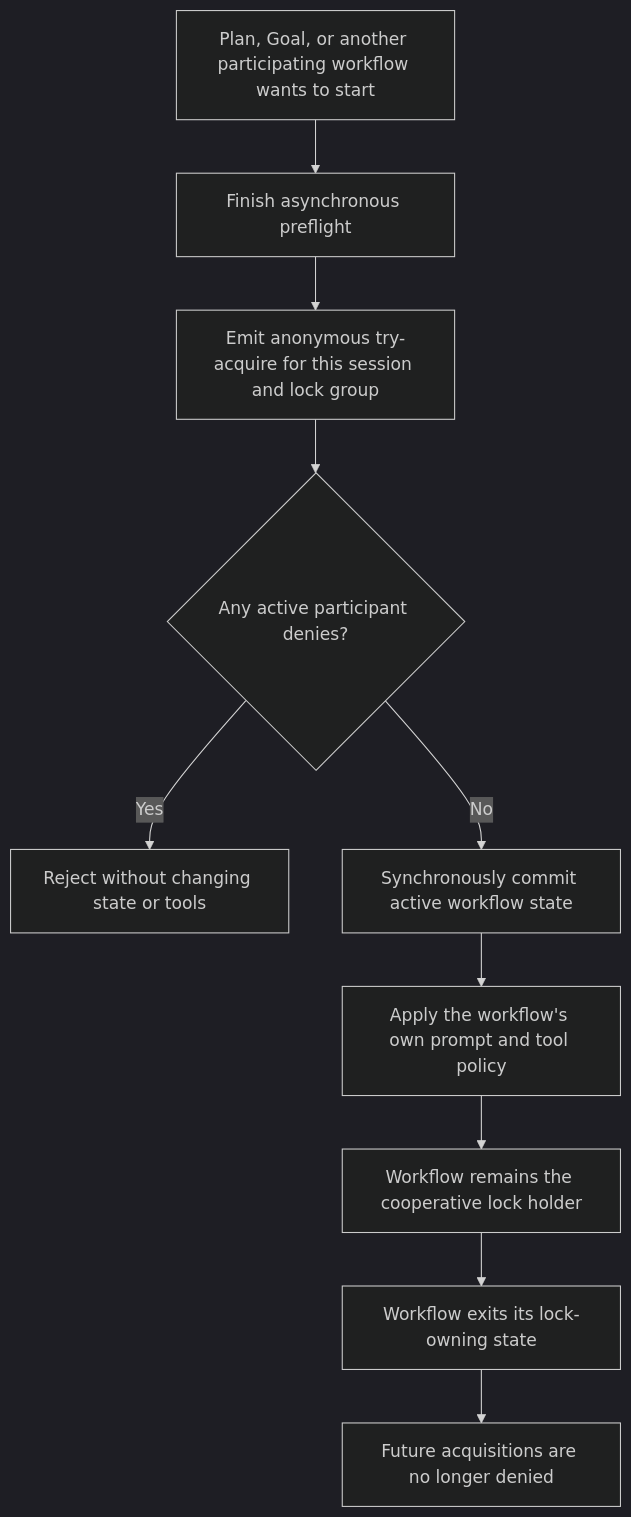
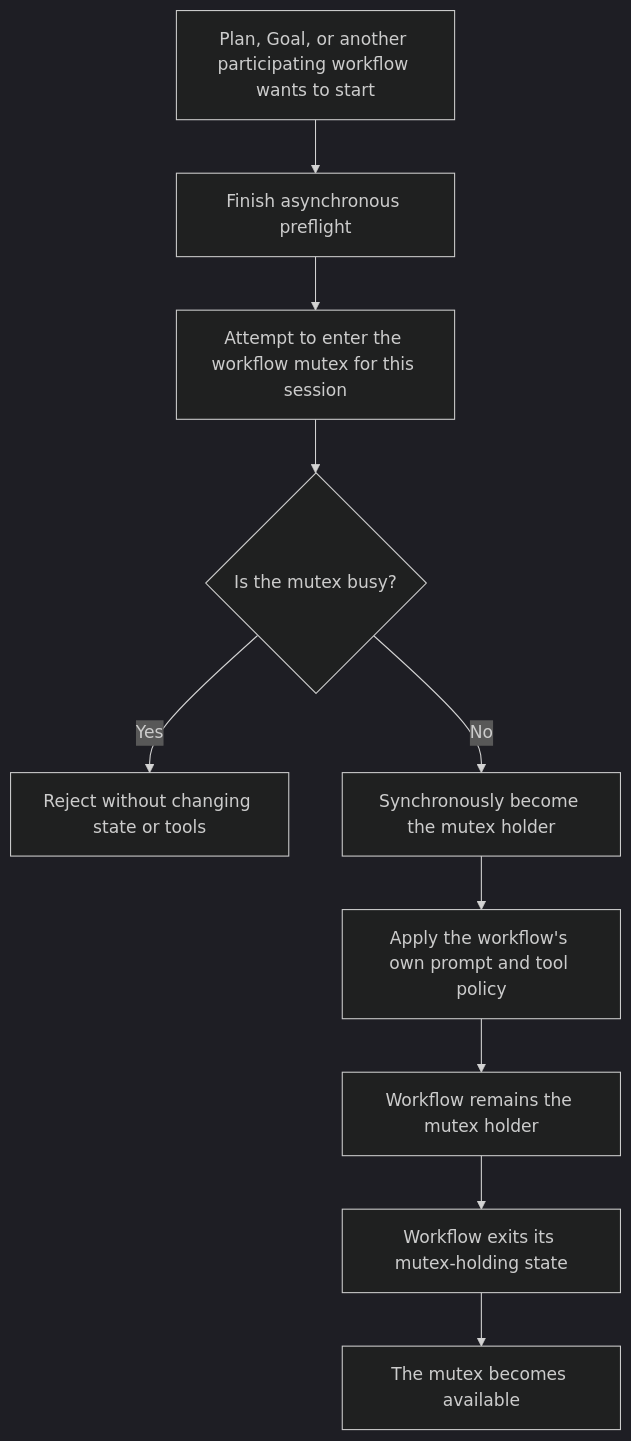
One commit to HangxiangMa/pi-extensions changed the second of 2 diagrams in docs/roadmaps/2026-08-22_pi-plan-goal-coexistence-roadmap.md. Above: the diagram before and after it, drawn with Mermaid (dark theme). The commit also changed other lines of this file and 1 other file, not shown here.

Commit message:
docs: simplify workflow mutex wording

````diff
--- a/docs/roadmaps/2026-08-22_pi-plan-goal-coexistence-roadmap.md
+++ b/docs/roadmaps/2026-08-22_pi-plan-goal-coexistence-roadmap.md
@@ -49,12 +49,12 @@
 ```mermaid
 flowchart TD
     A["Plan, Goal, or another participating workflow wants to start"] --> B["Finish asynchronous preflight"]
-    B --> C["Emit anonymous try-acquire for this session and lock group"]
-    C --> D{"Any active participant denies?"}
+    B --> C["Attempt to enter the workflow mutex for this session"]
+    C --> D{"Is the mutex busy?"}
     D -->|"Yes"| E["Reject without changing state or tools"]
-    D -->|"No"| F["Synchronously commit active workflow state"]
+    D -->|"No"| F["Synchronously become the mutex holder"]
     F --> G["Apply the workflow's own prompt and tool policy"]
-    G --> H["Workflow remains the cooperative lock holder"]
-    H --> I["Workflow exits its lock-owning state"]
-    I --> J["Future acquisitions are no longer denied"]
+    G --> H["Workflow remains the mutex holder"]
+    H --> I["Workflow exits its mutex-holding state"]
+    I --> J["The mutex becomes available"]
 ```
````
